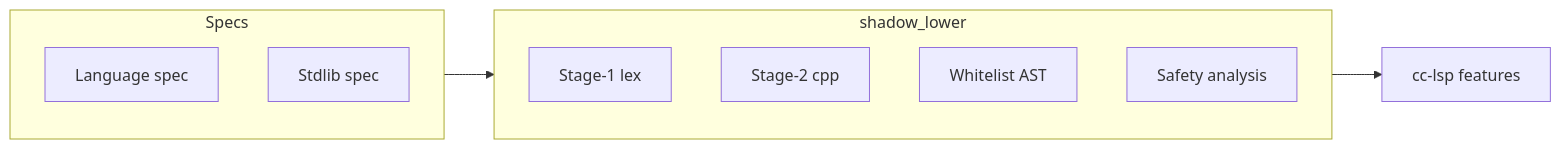
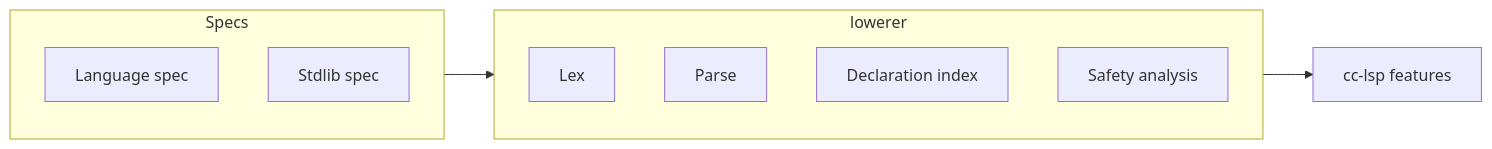
The diagram in vscode/roadmap.md (sreekotay/concurrent-c), drawn with Mermaid before and after one commit. The commit also changed other lines of this file and 889 other files, not shown here.

First line of the commit message:
The lowerer in Concurrent-C: self-hosting, one seed line, shadow retired (#158).

````diff
--- a/vscode/roadmap.md
+++ b/vscode/roadmap.md
@@ -137,15 +137,15 @@
 ```mermaid
 flowchart LR
   subgraph spec [Specs]
     LS[Language spec]
     SS[Stdlib spec]
   end
-  subgraph compiler [shadow_lower]
-    S1[Stage-1 lex]
-    S2[Stage-2 cpp]
-    AST[Whitelist AST]
+  subgraph compiler [lowerer]
+    S1[Lex]
+    S2[Parse]
+    AST[Declaration index]
     SAF[Safety analysis]
   end
   spec --> compiler
   compiler --> LSP[cc-lsp features]
 ```
````
